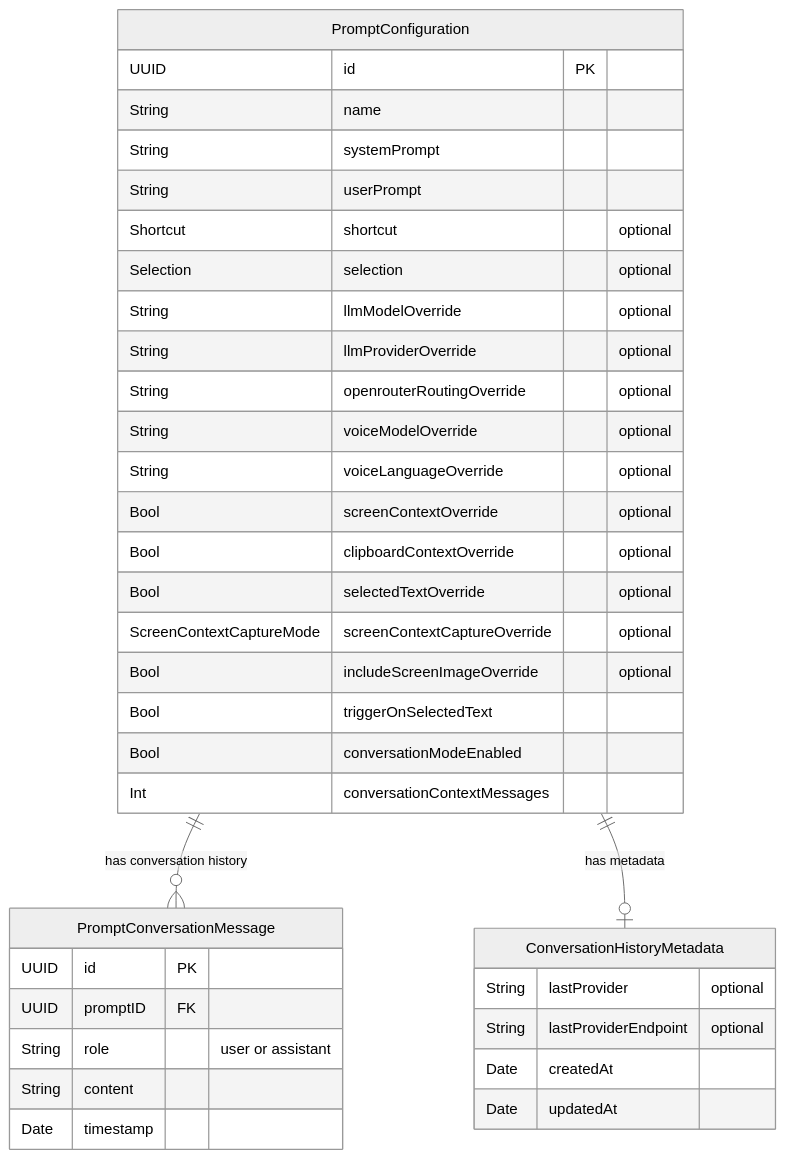
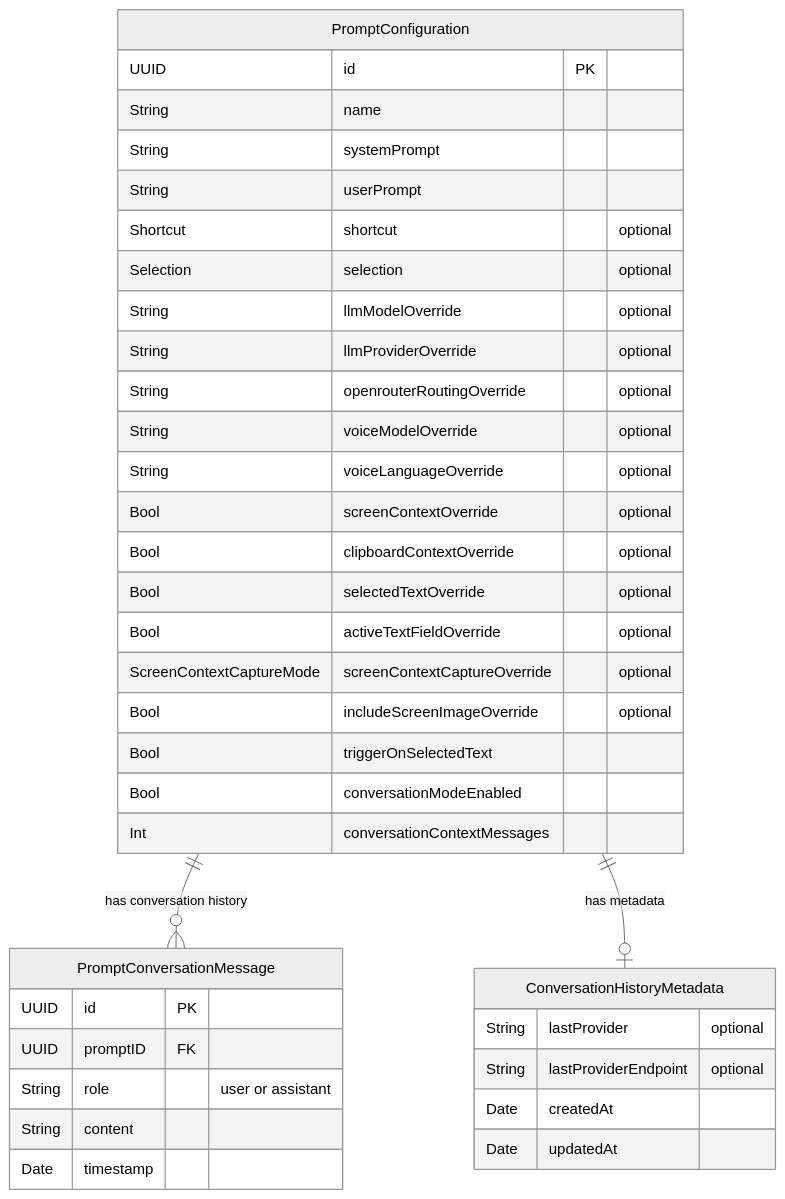
The first of 10 diagrams in datamodel.md (dkapo88/WonderWhisper-macOS), drawn with Mermaid (neutral theme) before and after one commit. The commit also changed other lines of this file and 6 other files, not shown here.

Commit message:
feat: Add active text field context to dictation and LLM prompts, including capture, settings, and UI.

````diff
--- a/datamodel.md
+++ b/datamodel.md
@@ -27,42 +27,43 @@
 ```mermaid
 erDiagram
     PromptConfiguration ||--o{ PromptConversationMessage : "has conversation history"
     PromptConfiguration {
         UUID id PK
         String name
         String systemPrompt
         String userPrompt
         Shortcut shortcut "optional"
         Selection selection "optional"
         String llmModelOverride "optional"
         String llmProviderOverride "optional"
         String openrouterRoutingOverride "optional"
         String voiceModelOverride "optional"
         String voiceLanguageOverride "optional"
         Bool screenContextOverride "optional"
         Bool clipboardContextOverride "optional"
         Bool selectedTextOverride "optional"
+        Bool activeTextFieldOverride "optional"
         ScreenContextCaptureMode screenContextCaptureOverride "optional"
         Bool includeScreenImageOverride "optional"
         Bool triggerOnSelectedText
         Bool conversationModeEnabled
         Int conversationContextMessages
     }
     
     PromptConversationMessage {
         UUID id PK
         UUID promptID FK
         String role "user or assistant"
         String content
         Date timestamp
     }
     
     ConversationHistoryMetadata {
         String lastProvider "optional"
         String lastProviderEndpoint "optional"
         Date createdAt
         Date updatedAt
     }
     
     PromptConfiguration ||--o| ConversationHistoryMetadata : "has metadata"
 ```
````
